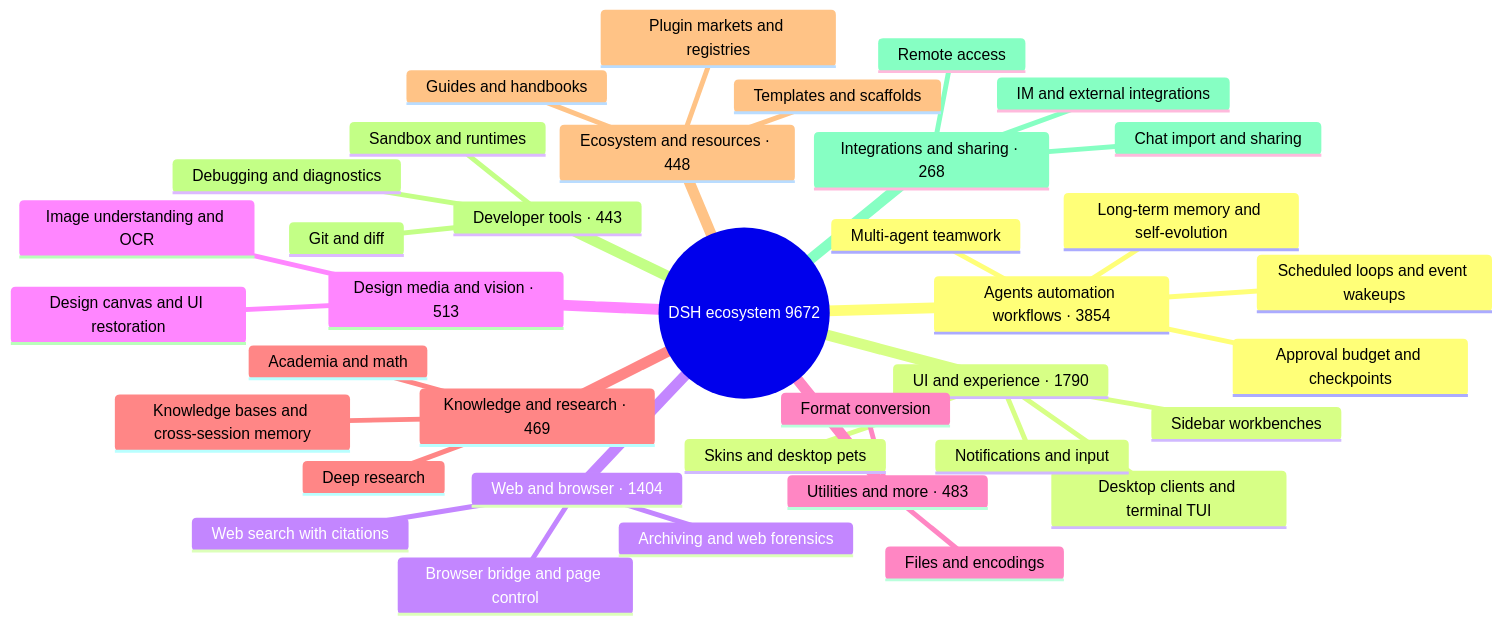
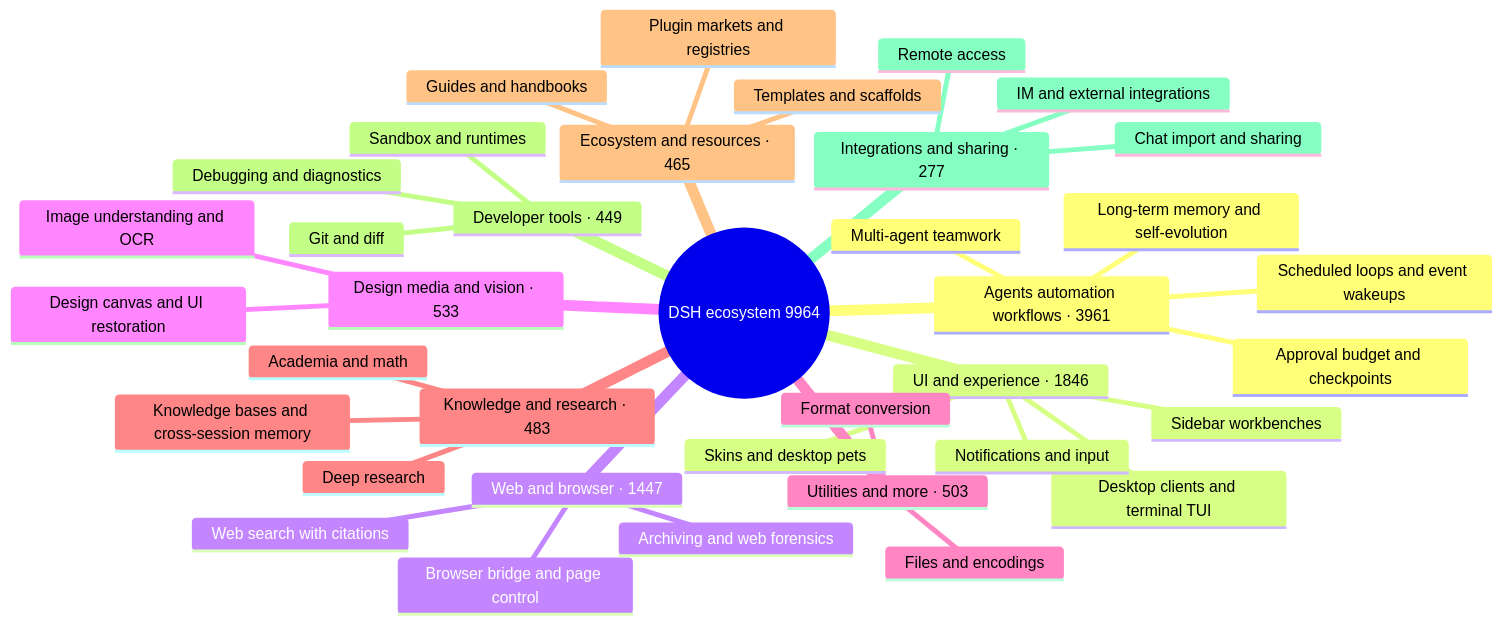
The diagram in README_EN.md (bruc3van/awesome-dsh-plugin), drawn with Mermaid before and after one commit. The commit also changed other lines of this file and 18 other files, not shown here.

````diff
--- a/README_EN.md
+++ b/README_EN.md
@@ -32,40 +32,40 @@
 ```mermaid
 mindmap
-  root((DSH ecosystem 9672))
-    Agents automation workflows · 3854
+  root((DSH ecosystem 9964))
+    Agents automation workflows · 3961
       Scheduled loops and event wakeups
       Multi-agent teamwork
       Long-term memory and self-evolution
       Approval budget and checkpoints
-    UI and experience · 1790
+    UI and experience · 1846
       Desktop clients and terminal TUI
       Sidebar workbenches
       Skins and desktop pets
       Notifications and input
-    Web and browser · 1404
+    Web and browser · 1447
       Browser bridge and page control
       Web search with citations
       Archiving and web forensics
-    Design media and vision · 513
+    Design media and vision · 533
       Image understanding and OCR
       Design canvas and UI restoration
-    Utilities and more · 483
+    Utilities and more · 503
       Files and encodings
       Format conversion
-    Knowledge and research · 469
+    Knowledge and research · 483
       Knowledge bases and cross-session memory
       Deep research
       Academia and math
-    Ecosystem and resources · 448
+    Ecosystem and resources · 465
       Plugin markets and registries
       Templates and scaffolds
       Guides and handbooks
-    Developer tools · 443
+    Developer tools · 449
       Git and diff
       Sandbox and runtimes
       Debugging and diagnostics
-    Integrations and sharing · 268
+    Integrations and sharing · 277
       Chat import and sharing
       Remote access
       IM and external integrations
 ```
````
